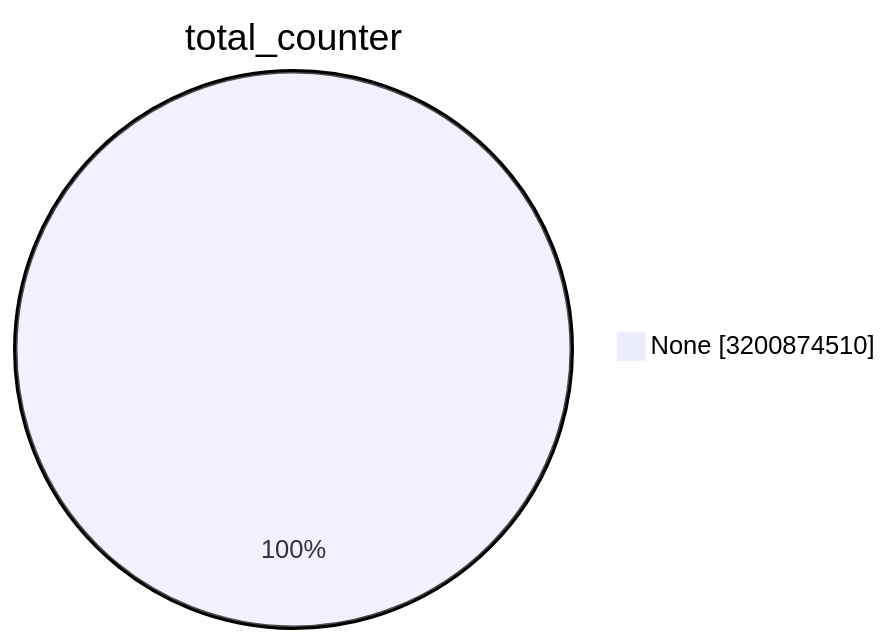
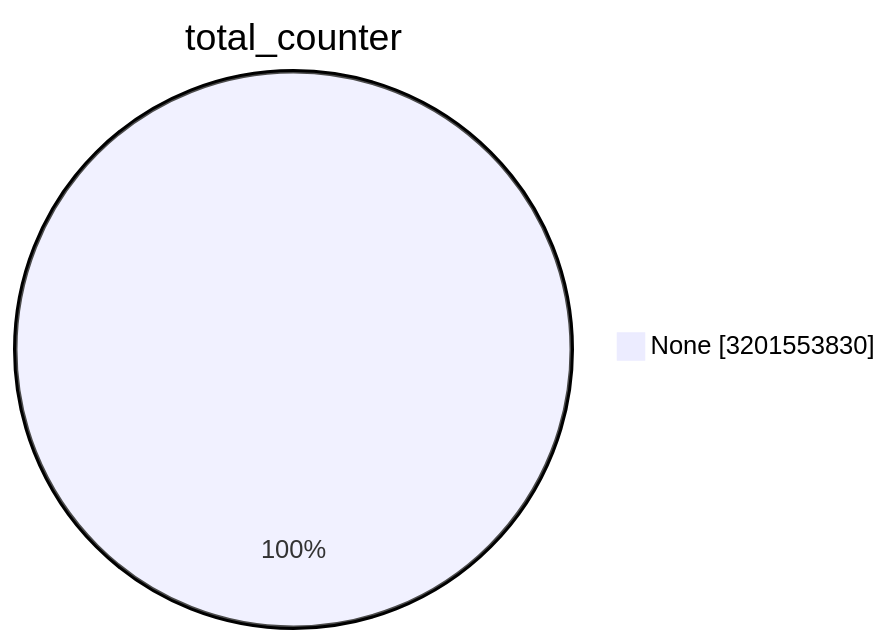
The first of 15 diagrams in TOTAL/README.md (christiankrug/ctmonitor_visualization), drawn with Mermaid before and after one commit. The commit also changed other lines of this file, not shown here.

````diff
--- a/TOTAL/README.md
+++ b/TOTAL/README.md
@@ -1,5 +1,5 @@
 ```mermaid
 pie showData
 title total_counter
-"None" :3200874510
+"None" :3201553830
 ```
````
